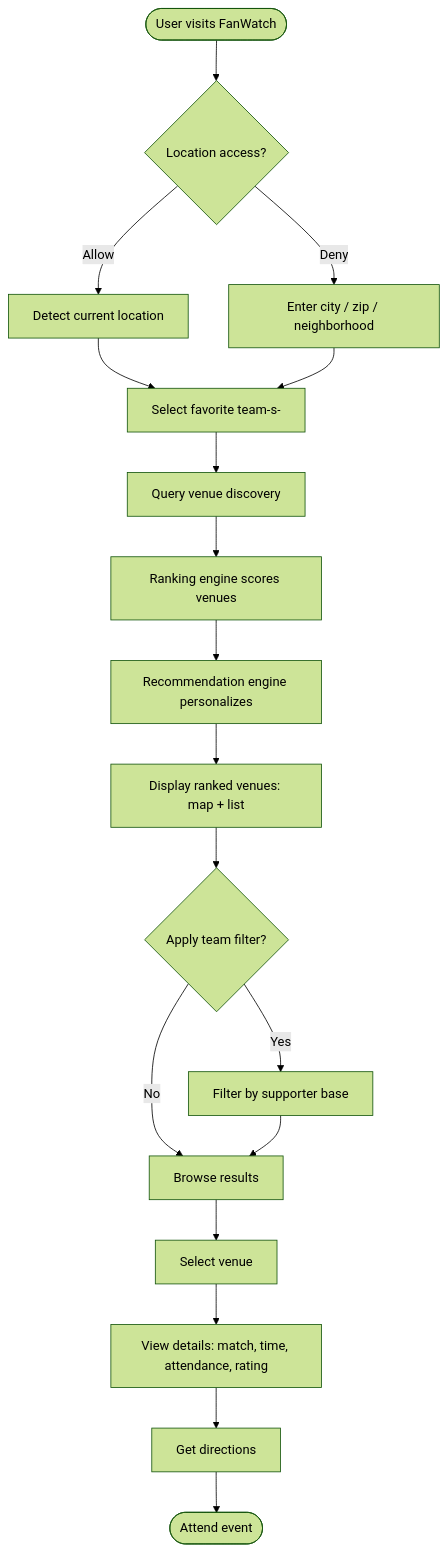
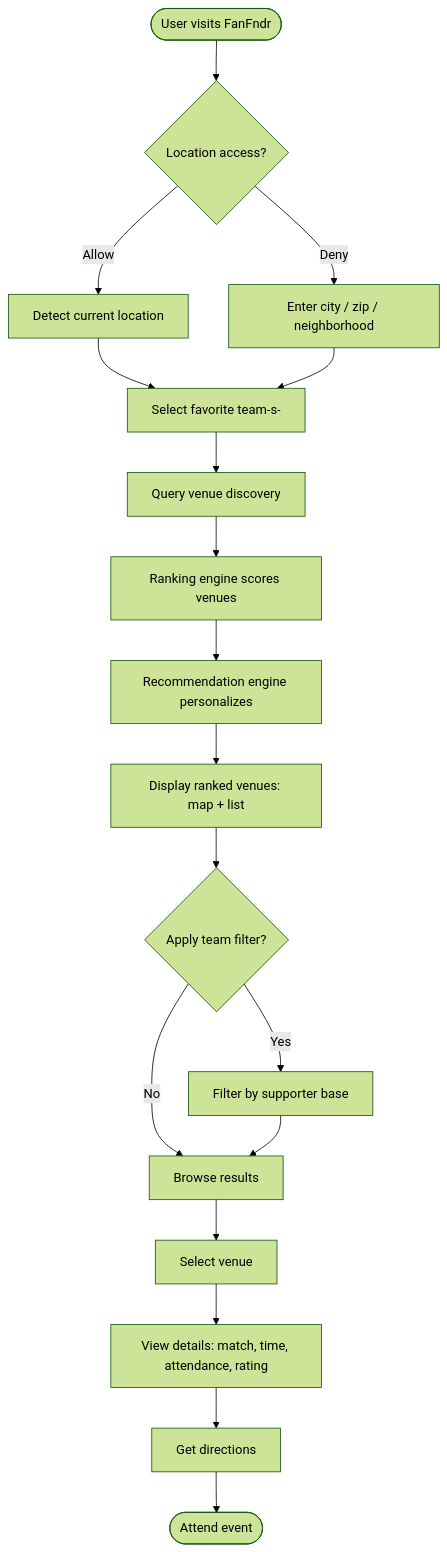
Before and after one commit to sharmaajanya27/FIFA_FAn_EXP: the first of 6 diagrams in knowledge-base/WORKFLOW.md, drawn with Mermaid (forest theme). The commit also changed other lines of this file and 62 other files, not shown here.

First line of the commit message:
Rebrand tuparea.com -> fanfndr.com (Tu Parea/FanWatch -> FanFndr)

````diff
--- a/knowledge-base/WORKFLOW.md
+++ b/knowledge-base/WORKFLOW.md
@@ -12,20 +12,20 @@
 ```mermaid
 flowchart TD
-    A([User visits FanWatch]) --> B{Location access?}
+    A([User visits FanFndr]) --> B{Location access?}
     B -- Allow --> C[Detect current location]
     B -- Deny --> D[Enter city / zip / neighborhood]
     C --> E[Select favorite team-s-]
     D --> E
     E --> F[Query venue discovery]
     F --> G[Ranking engine scores venues]
     G --> H[Recommendation engine personalizes]
     H --> I[Display ranked venues: map + list]
     I --> J{Apply team filter?}
     J -- Yes --> K[Filter by supporter base]
     J -- No --> L[Browse results]
     K --> L
     L --> M[Select venue]
     M --> N[View details: match, time, attendance, rating]
     N --> O[Get directions]
     O --> P([Attend event])
 ```
````
